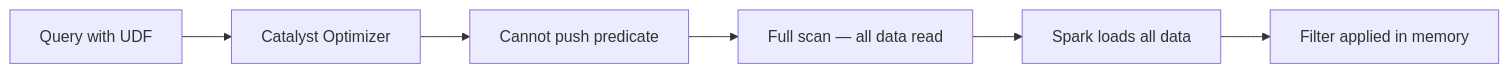
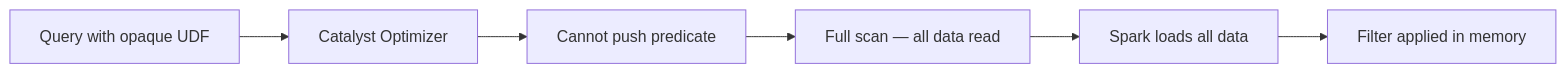
One commit to mahfooziiitian/spark-batch changed the second of 3 diagrams in spark-sql/docs/querying/filter/pp.md. Above: the diagram before and after it, drawn with Mermaid. The commit also changed other lines of this file and 809 other files, not shown here.

````diff
--- a/spark-sql/docs/querying/filter/pp.md
+++ b/spark-sql/docs/querying/filter/pp.md
@@ -21,8 +21,8 @@
 ```mermaid
 flowchart LR
-    Q[Query with UDF] --> CO[Catalyst Optimizer]
+    Q[Query with opaque UDF] --> CO[Catalyst Optimizer]
     CO --> NP[Cannot push predicate]
     NP --> FS[Full scan — all data read]
     FS --> SP[Spark loads all data]
     SP --> FM[Filter applied in memory]
 ```
````
